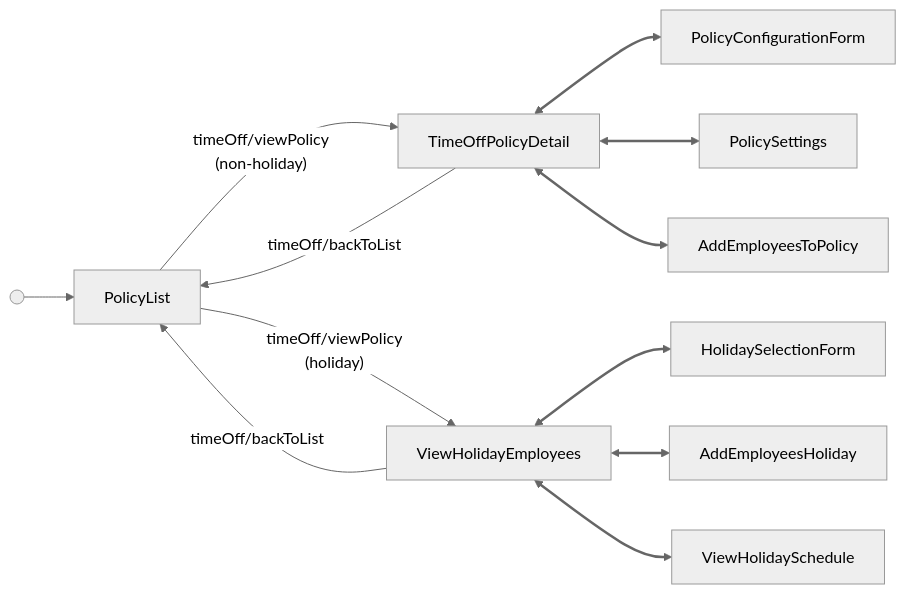
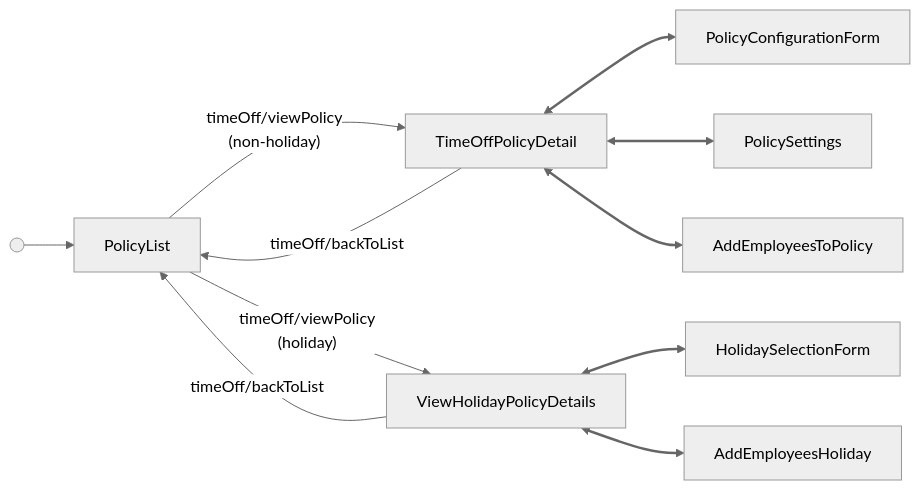
One commit to Gusto/embedded-react-sdk changed the second of 2 diagrams in docs/reference/time-off/time-off-flow.md. Above: the diagram before and after it, drawn with Mermaid (neutral theme). The commit also changed other lines of this file and 145 other files, not shown here.

````diff
--- a/docs/reference/time-off/time-off-flow.md
+++ b/docs/reference/time-off/time-off-flow.md
@@ -131,15 +130,14 @@
 ```mermaid
 flowchart LR
   start@{ shape: sm-circ } --> PolicyList["PolicyList"]
   PolicyList -->|"timeOff/viewPolicy<br/>(non-holiday)"| TimeOffPolicyDetail["TimeOffPolicyDetail"]
   TimeOffPolicyDetail <--> PolicyConfigurationForm["PolicyConfigurationForm"]
   TimeOffPolicyDetail <--> PolicySettings["PolicySettings"]
   TimeOffPolicyDetail <--> AddEmployeesToPolicy["AddEmployeesToPolicy"]
   TimeOffPolicyDetail -->|"timeOff/backToList"| PolicyList
-  PolicyList -->|"timeOff/viewPolicy<br/>(holiday)"| ViewHolidayEmployees["ViewHolidayEmployees"]
-  ViewHolidayEmployees <--> HolidaySelectionForm["HolidaySelectionForm"]
-  ViewHolidayEmployees <--> AddEmployeesHoliday["AddEmployeesHoliday"]
-  ViewHolidayEmployees <--> ViewHolidaySchedule["ViewHolidaySchedule"]
-  ViewHolidayEmployees -->|"timeOff/backToList"| PolicyList
-  linkStyle 2,3,4,7,8,9 stroke-width:2.5px
+  PolicyList -->|"timeOff/viewPolicy<br/>(holiday)"| ViewHolidayPolicyDetails["ViewHolidayPolicyDetails"]
+  ViewHolidayPolicyDetails <--> HolidaySelectionForm["HolidaySelectionForm"]
+  ViewHolidayPolicyDetails <--> AddEmployeesHoliday["AddEmployeesHoliday"]
+  ViewHolidayPolicyDetails -->|"timeOff/backToList"| PolicyList
+  linkStyle 2,3,4,7,8 stroke-width:2.5px
 ```
````
